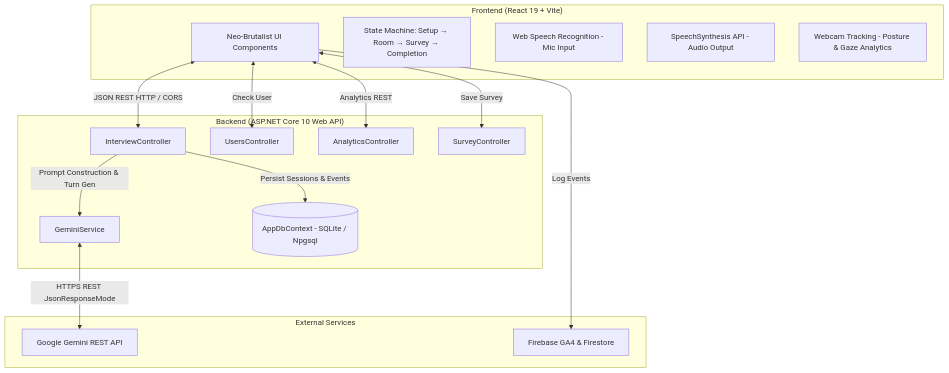
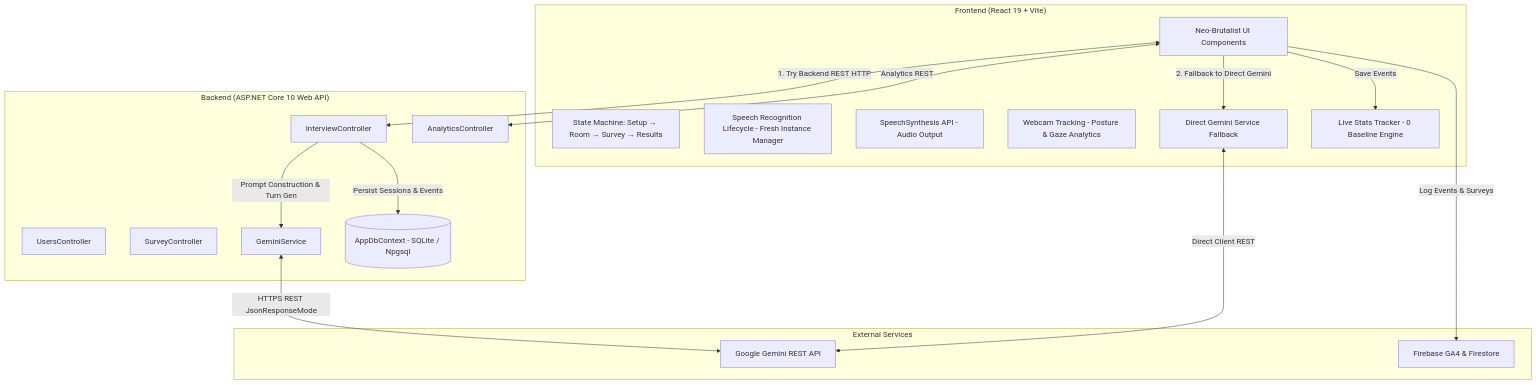
Before and after one commit to harsh7870297-png/TRIVE: the first of 2 diagrams in docs/Architecture.md, drawn with Mermaid. The commit also changed other lines of this file and 8 other files, not shown here.

````diff
--- a/docs/Architecture.md
+++ b/docs/Architecture.md
@@ -21,34 +21,37 @@
 ```mermaid
 flowchart TD
     subgraph Client ["Frontend (React 19 + Vite)"]
         UI[Neo-Brutalist UI Components]
-        SM[State Machine: Setup → Room → Survey → Completion]
-        STT[Web Speech Recognition - Mic Input]
+        SM[State Machine: Setup → Room → Survey → Results]
+        STT[Speech Recognition Lifecycle - Fresh Instance Manager]
         TTS[SpeechSynthesis API - Audio Output]
         CAM[Webcam Tracking - Posture & Gaze Analytics]
+        DGS[Direct Gemini Service Fallback]
+        LSS[Live Stats Tracker - 0 Baseline Engine]
     end
 
     subgraph Server ["Backend (ASP.NET Core 10 Web API)"]
         IC[InterviewController]
         UC[UsersController]
         AC[AnalyticsController]
         SC[SurveyController]
         GS[GeminiService]
         DB[(AppDbContext - SQLite / Npgsql)]
     end
 
     subgraph External ["External Services"]
         GEM[Google Gemini REST API]
         FB[Firebase GA4 & Firestore]
     end
 
-    UI <-->|JSON REST HTTP / CORS| IC
+    UI <-->|1. Try Backend REST HTTP| IC
     UI <-->|Analytics REST| AC
-    UI <-->|Check User| UC
-    UI <-->|Save Survey| SC
-    UI -->|Log Events| FB
+    UI -->|2. Fallback to Direct Gemini| DGS
+    DGS <-->|Direct Client REST| GEM
+    UI -->|Save Events| LSS
+    UI -->|Log Events & Surveys| FB
 
     IC -->|Prompt Construction & Turn Gen| GS
     GS <-->|HTTPS REST JsonResponseMode| GEM
     IC -->|Persist Sessions & Events| DB
 ```
````
